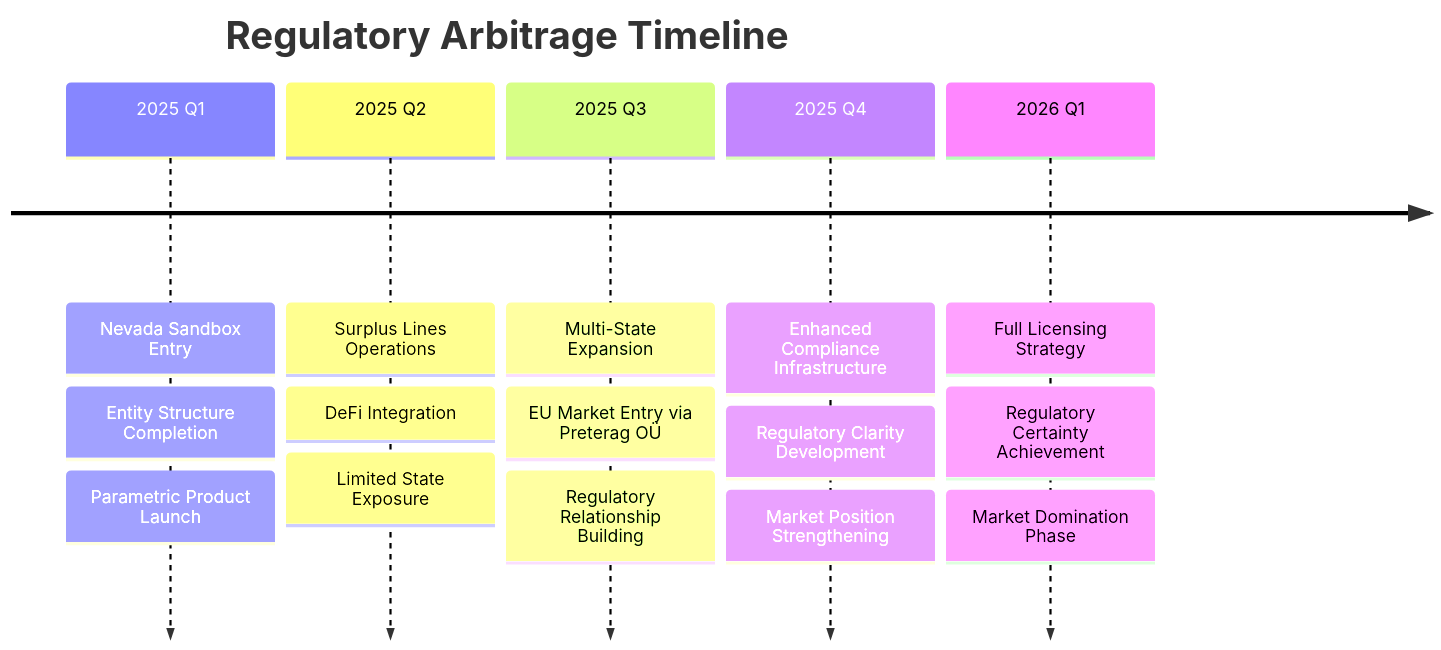
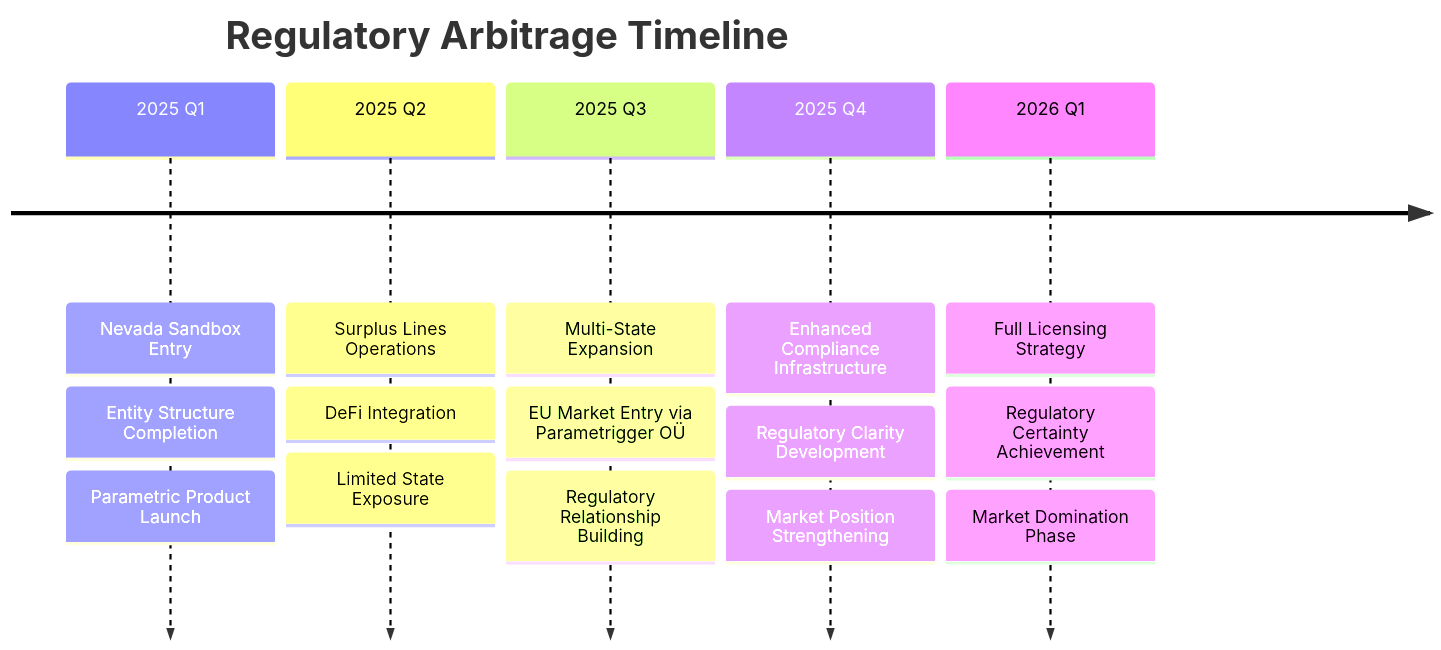
One commit to e3o8o/triggerr changed the fourth of 11 diagrams in docs/04_compliance/LEGAL_REFERENCE.md. Above: the diagram before and after it, drawn with Mermaid. The commit also changed other lines of this file and 39 other files, not shown here.

````diff
--- a/docs/04_compliance/LEGAL_REFERENCE.md
+++ b/docs/04_compliance/LEGAL_REFERENCE.md
@@ -199,24 +199,24 @@
 ```mermaid
 timeline
     title Regulatory Arbitrage Timeline
     
     2025 Q1 : Nevada Sandbox Entry
             : Entity Structure Completion
             : Parametric Product Launch
     
     2025 Q2 : Surplus Lines Operations
             : DeFi Integration
             : Limited State Exposure
     
     2025 Q3 : Multi-State Expansion
-            : EU Market Entry via Preterag OÜ
+            : EU Market Entry via Parametrigger OÜ
             : Regulatory Relationship Building
     
     2025 Q4 : Enhanced Compliance Infrastructure
             : Regulatory Clarity Development
             : Market Position Strengthening
     
     2026 Q1 : Full Licensing Strategy
             : Regulatory Certainty Achievement
             : Market Domination Phase
 ```
````
